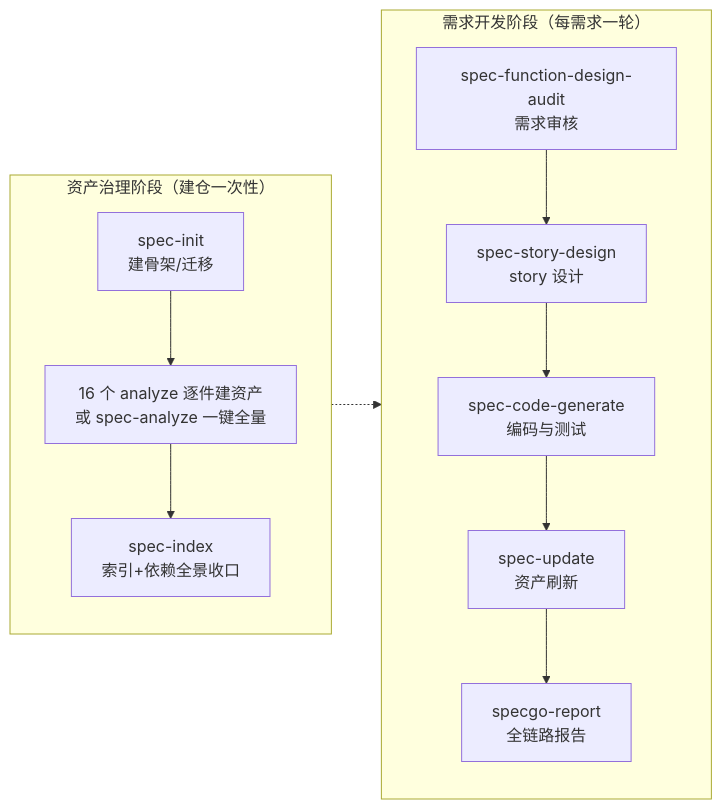
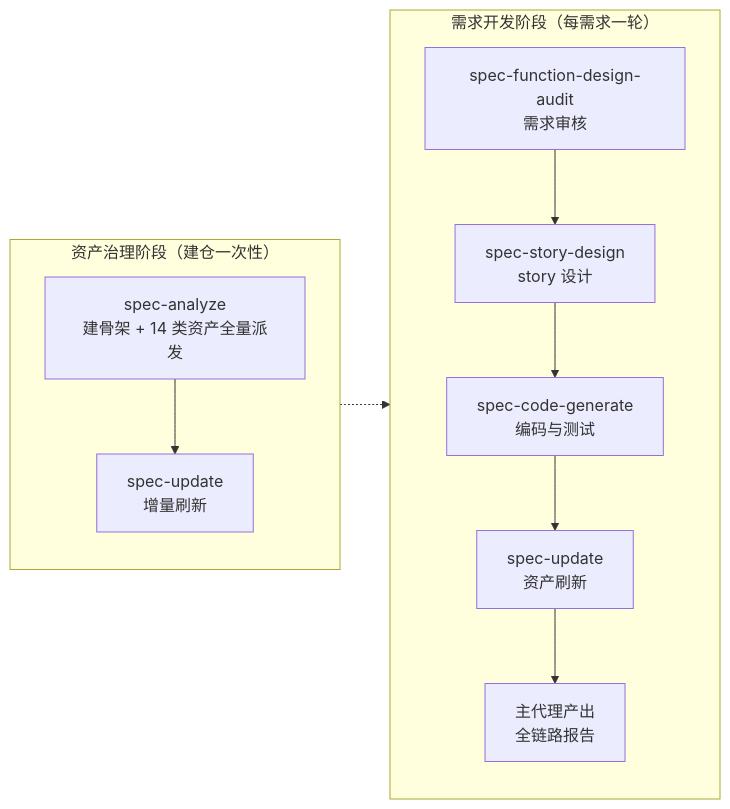
Before and after one commit to CoreGeekASTL/specgo: the third of 4 diagrams in README.md, drawn with Mermaid. The commit also changed other lines of this file and 61 other files, not shown here.

````diff
--- a/README.md
+++ b/README.md
@@ -139,10 +131,10 @@
 ```mermaid
 flowchart LR
     subgraph G1["资产治理阶段（建仓一次性）"]
-        S1["spec-init<br/>建骨架/迁移"] --> S2["16 个 analyze 逐件建资产<br/>或 spec-analyze 一键全量"] --> S3["spec-index<br/>索引+依赖全景收口"]
+        S1["spec-analyze<br/>建骨架 + 14 类资产全量派发"] --> S2["spec-update<br/>增量刷新"]
     end
     subgraph G2["需求开发阶段（每需求一轮）"]
-        D1["spec-function-design-audit<br/>需求审核"] --> D2["spec-story-design<br/>story 设计"] --> D3["spec-code-generate<br/>编码与测试"] --> D4["spec-update<br/>资产刷新"] --> D5["specgo-report<br/>全链路报告"]
+        D1["spec-function-design-audit<br/>需求审核"] --> D2["spec-story-design<br/>story 设计"] --> D3["spec-code-generate<br/>编码与测试"] --> D4["spec-update<br/>资产刷新"] --> D5["主代理产出<br/>全链路报告"]
     end
     G1 -.-> G2
 ```
````
